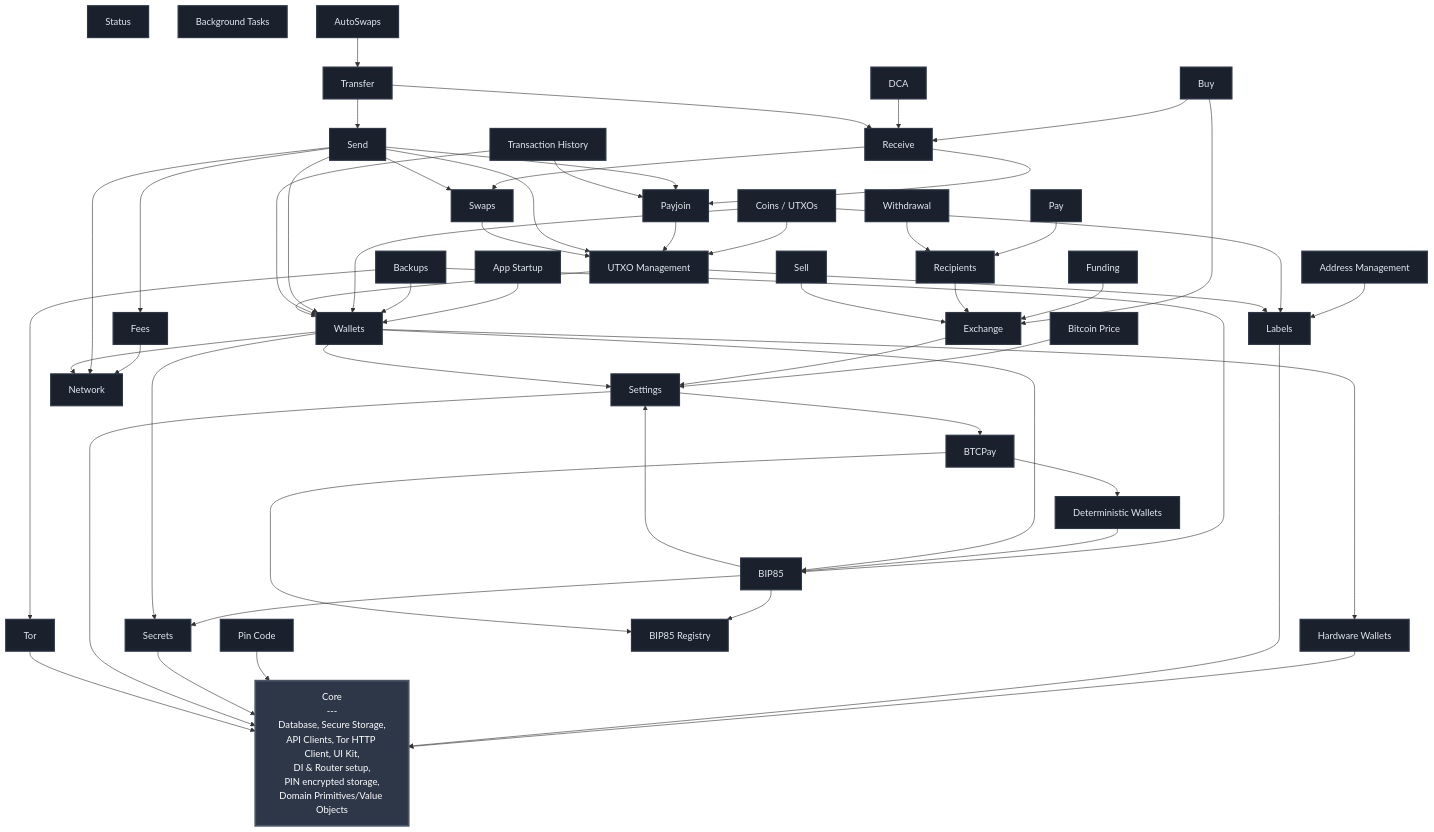
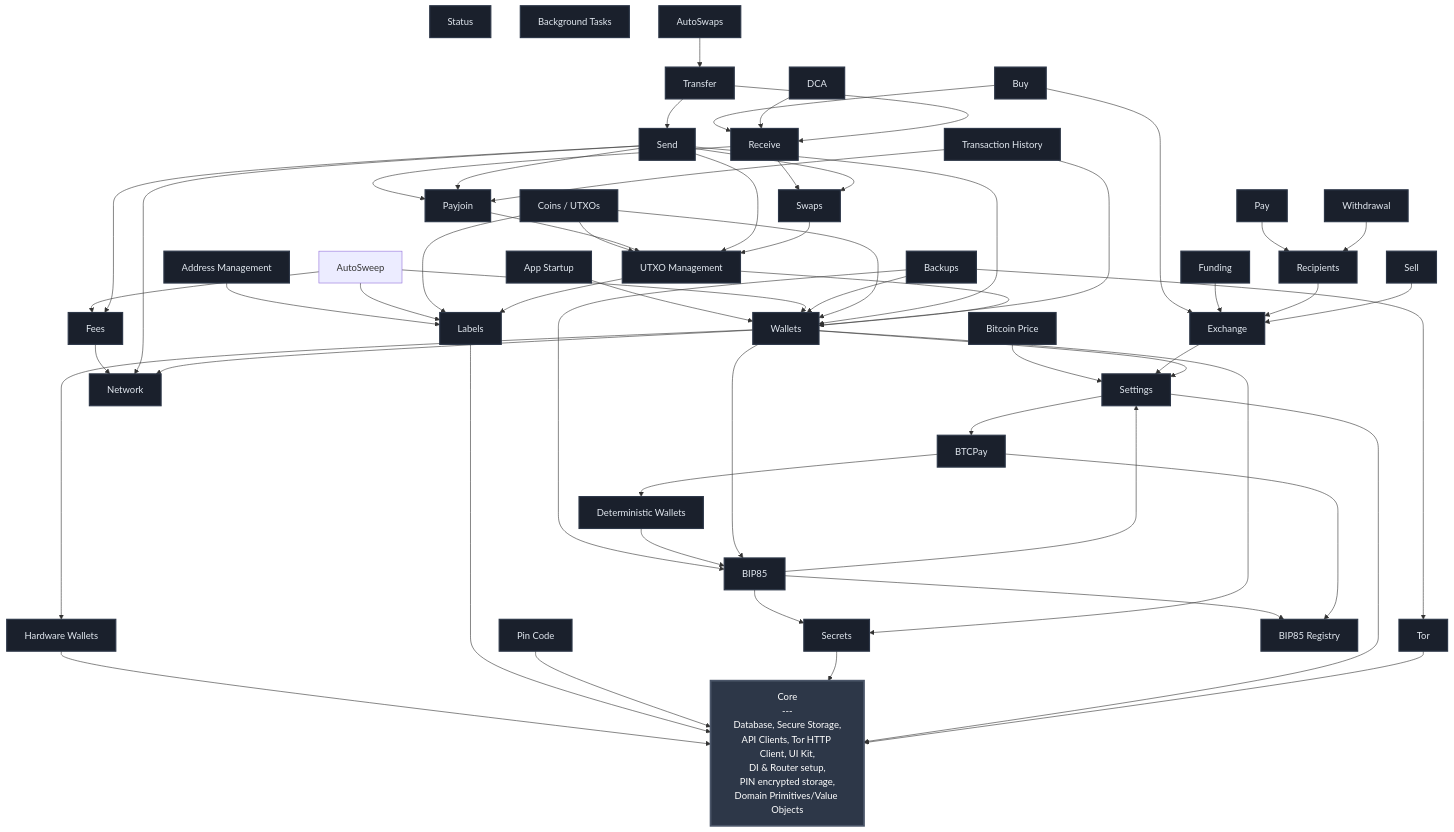
The diagram in FEATURES.md (SatoshiPortal/bullbitcoin-mobile), drawn with Mermaid before and after one commit. The commit also changed 34 other files, not shown here.

Commit message:
feat(btcpay): wire registry wallets and autosweep settings

```diff
--- a/FEATURES.md
+++ b/FEATURES.md
@@ -43,6 +43,7 @@
     TX_HISTORY[Transaction History]
     BG_TASKS[Background Tasks]
     AUTOSWAPS[AutoSwaps]
+    AUTOSWEEP[AutoSweep]
     DCA[DCA]
     SELL[Sell]
     PAY[Pay]
@@ -56,6 +57,9 @@
     ADDRESS_MGMT --> LABELS
     APP_STARTUP --> WALLETS
     AUTOSWAPS --> TRANSFER
+    AUTOSWEEP --> FEES
+    AUTOSWEEP --> LABELS
+    AUTOSWEEP --> WALLETS
     BIP85 --> SECRETS
     BIP85 --> SETTINGS
     BIP85 --> BIP85_REGISTRY
```
